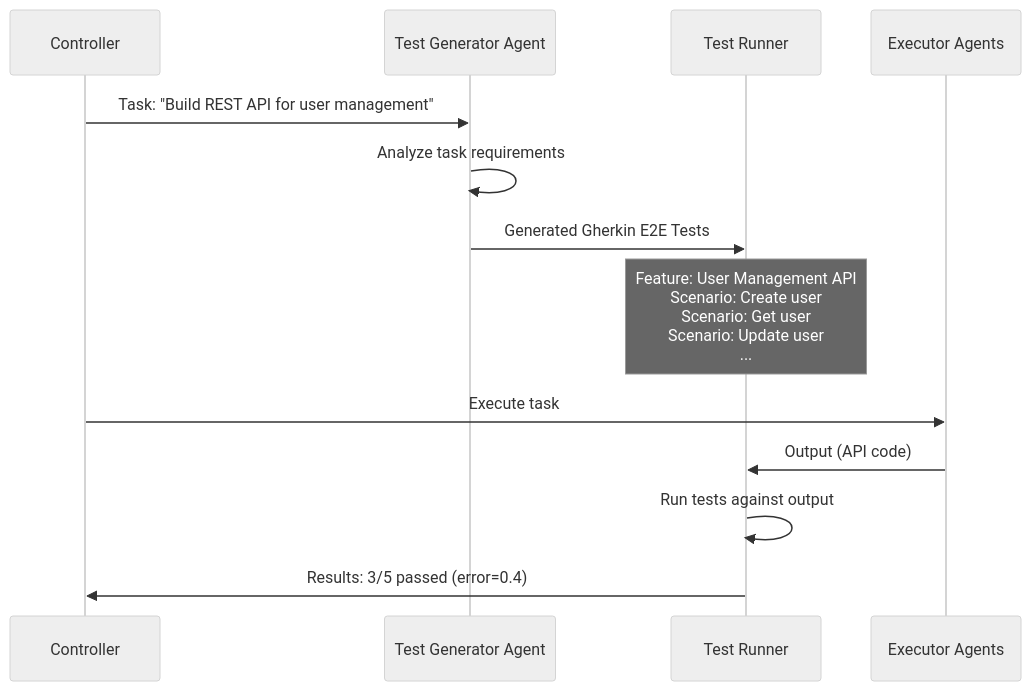
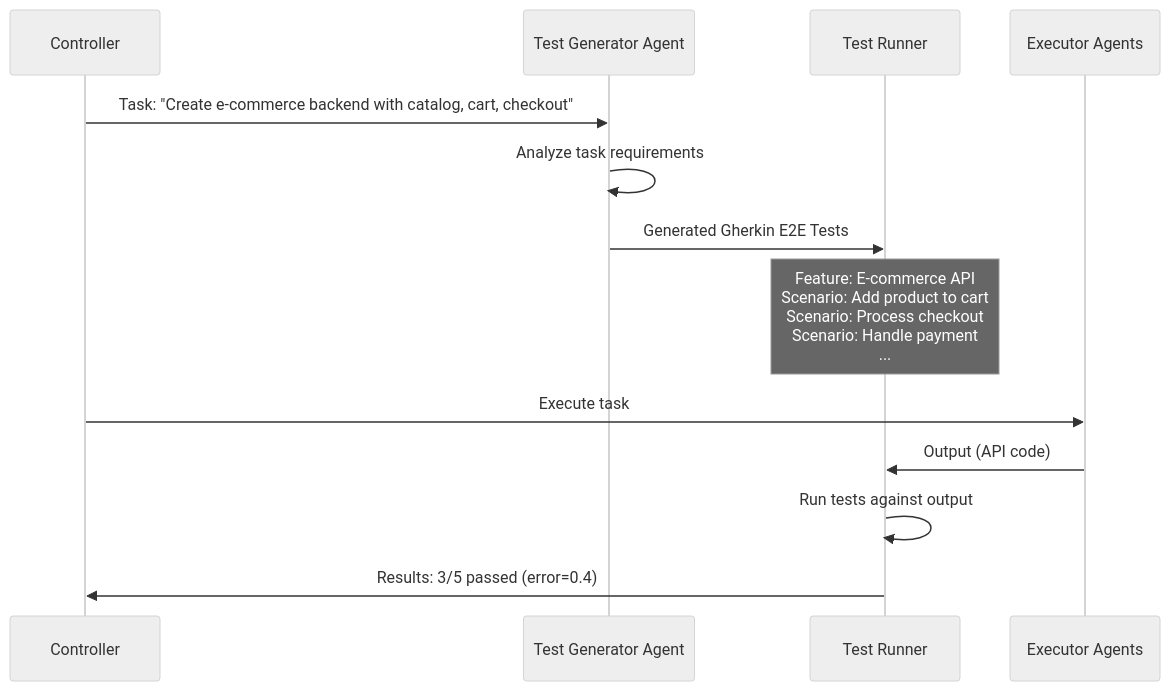
One commit to dshcherbatiuk/forgemaster changed the second of 2 diagrams in docs/arch/02-components.md. Above: the diagram before and after it, drawn with Mermaid (neutral theme). The commit also changed other lines of this file and 13 other files, not shown here.

````diff
--- a/docs/arch/02-components.md
+++ b/docs/arch/02-components.md
@@ -57,16 +57,16 @@
 ```mermaid
 sequenceDiagram
     participant C as Controller
     participant TG as Test Generator Agent
     participant TR as Test Runner
     participant EX as Executor Agents
 
-    C->>TG: Task: "Build REST API for user management"
+    C->>TG: Task: "Create e-commerce backend with catalog, cart, checkout"
     TG->>TG: Analyze task requirements
     TG->>TR: Generated Gherkin E2E Tests
-    Note over TR: Feature: User Management API<br/>Scenario: Create user<br/>Scenario: Get user<br/>Scenario: Update user<br/>...
+    Note over TR: Feature: E-commerce API<br/>Scenario: Add product to cart<br/>Scenario: Process checkout<br/>Scenario: Handle payment<br/>...
     C->>EX: Execute task
     EX->>TR: Output (API code)
     TR->>TR: Run tests against output
     TR->>C: Results: 3/5 passed (error=0.4)
 ```
````
